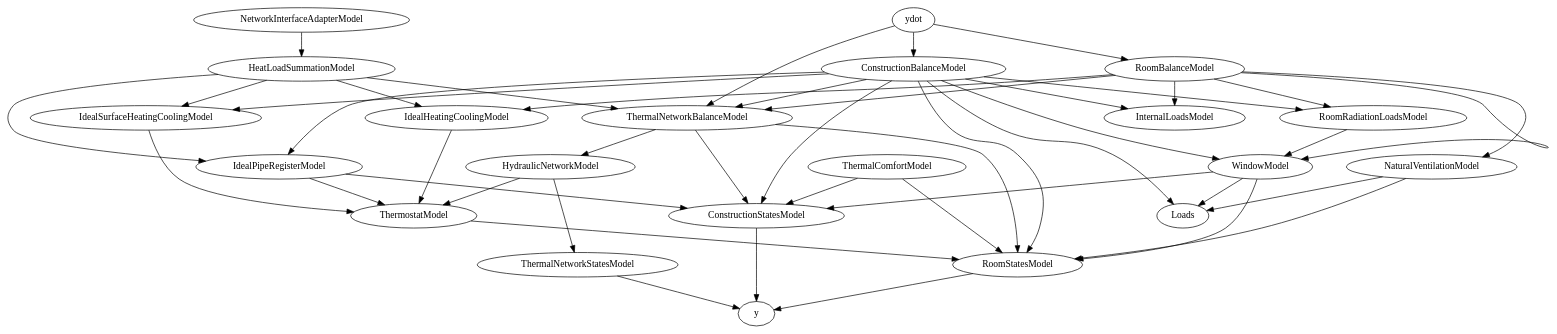
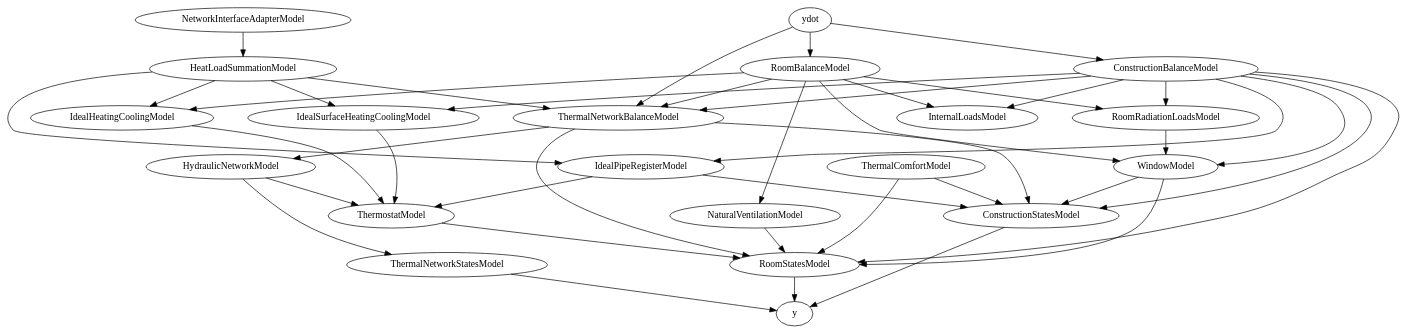
One commit to ghorwin/SIM-VICUS changed the diagram in doc/NANDRAD-Physical-Reference/StateModelGraph.dot. Above: the diagram before and after it, drawn with Graphviz. The commit also changed 2 other files, not shown here.

Commit message:
update Graph documentation

```diff
--- a/doc/NANDRAD-Physical-Reference/StateModelGraph.dot
+++ b/doc/NANDRAD-Physical-Reference/StateModelGraph.dot
@@ -1,47 +1,44 @@
 digraph Beziehungen {
    nodesep=0.7
    RoomStatesModel -> y 
    ConstructionStatesModel -> y 
    ThermalNetworkStatesModel -> y 
-   ConstructionBalanceModel -> Loads
-   NaturalVentilationModel -> Loads
-   WindowModel -> Loads
    NaturalVentilationModel -> RoomStatesModel 
    ThermalComfortModel -> RoomStatesModel 
    ThermostatModel -> RoomStatesModel 
    WindowModel -> RoomStatesModel
    ConstructionBalanceModel -> RoomStatesModel 
    ThermalNetworkBalanceModel -> RoomStatesModel 
    ThermalComfortModel -> ConstructionStatesModel
    WindowModel -> ConstructionStatesModel 
    ConstructionBalanceModel -> ConstructionStatesModel 
    ThermalNetworkBalanceModel -> ConstructionStatesModel 
    IdealPipeRegisterModel -> ConstructionStatesModel 
    HydraulicNetworkModel -> ThermalNetworkStatesModel
    HydraulicNetworkModel -> ThermostatModel 
    IdealHeatingCoolingModel -> ThermostatModel 
    IdealPipeRegisterModel -> ThermostatModel 
    IdealSurfaceHeatingCoolingModel -> ThermostatModel 
    RoomRadiationLoadsModel -> WindowModel 
    ConstructionBalanceModel -> WindowModel 
    RoomBalanceModel -> WindowModel 
    RoomBalanceModel -> RoomRadiationLoadsModel 
    RoomBalanceModel -> NaturalVentilationModel 
    RoomBalanceModel -> InternalLoadsModel 
    RoomBalanceModel -> IdealHeatingCoolingModel 
    RoomBalanceModel -> ThermalNetworkBalanceModel 
    ConstructionBalanceModel -> RoomRadiationLoadsModel 
    ConstructionBalanceModel -> InternalLoadsModel 
    ConstructionBalanceModel -> IdealSurfaceHeatingCoolingModel 
    ConstructionBalanceModel -> IdealPipeRegisterModel 
    ConstructionBalanceModel -> ThermalNetworkBalanceModel 
    ThermalNetworkBalanceModel -> HydraulicNetworkModel
    HeatLoadSummationModel -> IdealHeatingCoolingModel
    HeatLoadSummationModel -> IdealPipeRegisterModel
    HeatLoadSummationModel -> IdealSurfaceHeatingCoolingModel
    HeatLoadSummationModel -> ThermalNetworkBalanceModel
    NetworkInterfaceAdapterModel -> HeatLoadSummationModel
    ydot -> RoomBalanceModel 
    ydot -> ConstructionBalanceModel 
    ydot -> ThermalNetworkBalanceModel 
 }
```
